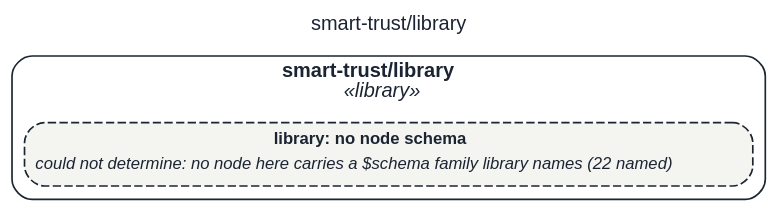
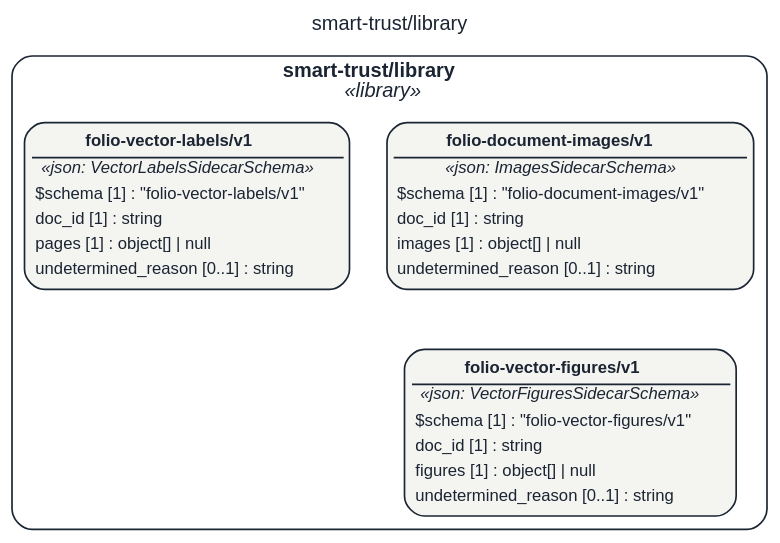
One commit to litlfred/folio-assistant changed the diagram in STAGING/repin-train-20261101-1524/assets/img/uml/overview/smart-trust/library.dot. Above: the diagram before and after it, drawn with Graphviz. The commit also changed 5096 other files, not shown here.

```diff
--- a/STAGING/repin-train-20261101-1524/assets/img/uml/overview/smart-trust/library.dot
+++ b/STAGING/repin-train-20261101-1524/assets/img/uml/overview/smart-trust/library.dot
@@ -1,11 +1,14 @@
 // GENERATED by cat-harness-tools/scripts/gen-uml-overview.ts — do not edit.
 // Rendered page (interactive view, same model): https://litlfred.github.io/folio-assistant/uml/overview/smart-trust/library.html
 digraph "smart_trust_library" {
   graph [label="smart-trust/library", labelloc=t, fontname="Helvetica", fontsize=12, fontcolor="#1b2432", newrank=true, ratio=auto, nodesep=0.3, ranksep=0.5, bgcolor="transparent"];
   node [shape=box, style="rounded,filled", margin=0.05, fontname="Helvetica", fontsize=10, color="#1b2432", fontcolor="#1b2432"];
   edge [color="#1b2432", fontcolor="#1b2432", fontname="Helvetica", fontsize=9];
   subgraph "cluster_pkg_smart_trust_library" {
     label=<<b>smart-trust/library</b><br/><i>«library»</i>>; style="rounded"; color="#1b2432"; class="fa_uml_subgraph";
-    "n_smart_trust_library_library" [style="rounded,filled,dashed", fillcolor="#f4f4f1", class="fa_uml_kind_library fa_uml_undetermined", label=<<table border="0" cellborder="0" cellspacing="0" cellpadding="2"><tr><td><b>library: no node schema</b></td></tr><tr><td align="left"><i>could not determine: no node here carries a $schema family library names (22 named)</i></td></tr></table>>];
+    "smart_trust_library_folio_document_images_v1_folio_document_images_v1" [fillcolor="#f4f4f1", class="fa_uml_kind_library", label=<<table border="0" cellborder="0" cellspacing="0" cellpadding="2"><tr><td border="1" sides="b"><b>folio-document-images/v1</b></td></tr><tr><td><i>«json: ImagesSidecarSchema»</i></td></tr><tr><td align="left">$schema [1] : &quot;folio-document-images/v1&quot;</td></tr><tr><td align="left">doc_id [1] : string</td></tr><tr><td align="left">images [1] : object[] | null</td></tr><tr><td align="left">undetermined_reason [0..1] : string</td></tr></table>>];
+    "smart_trust_library_folio_vector_labels_v1_folio_vector_labels_v1" [fillcolor="#f4f4f1", class="fa_uml_kind_library", label=<<table border="0" cellborder="0" cellspacing="0" cellpadding="2"><tr><td border="1" sides="b"><b>folio-vector-labels/v1</b></td></tr><tr><td><i>«json: VectorLabelsSidecarSchema»</i></td></tr><tr><td align="left">$schema [1] : &quot;folio-vector-labels/v1&quot;</td></tr><tr><td align="left">doc_id [1] : string</td></tr><tr><td align="left">pages [1] : object[] | null</td></tr><tr><td align="left">undetermined_reason [0..1] : string</td></tr></table>>];
+    "smart_trust_library_folio_vector_figures_v1_folio_vector_figures_v1" [fillcolor="#f4f4f1", class="fa_uml_kind_library", label=<<table border="0" cellborder="0" cellspacing="0" cellpadding="2"><tr><td border="1" sides="b"><b>folio-vector-figures/v1</b></td></tr><tr><td><i>«json: VectorFiguresSidecarSchema»</i></td></tr><tr><td align="left">$schema [1] : &quot;folio-vector-figures/v1&quot;</td></tr><tr><td align="left">doc_id [1] : string</td></tr><tr><td align="left">figures [1] : object[] | null</td></tr><tr><td align="left">undetermined_reason [0..1] : string</td></tr></table>>];
   }
+  "smart_trust_library_folio_document_images_v1_folio_document_images_v1" -> "smart_trust_library_folio_vector_figures_v1_folio_vector_figures_v1" [style=invis, class="kg-graph-anchor"];
 }
```
